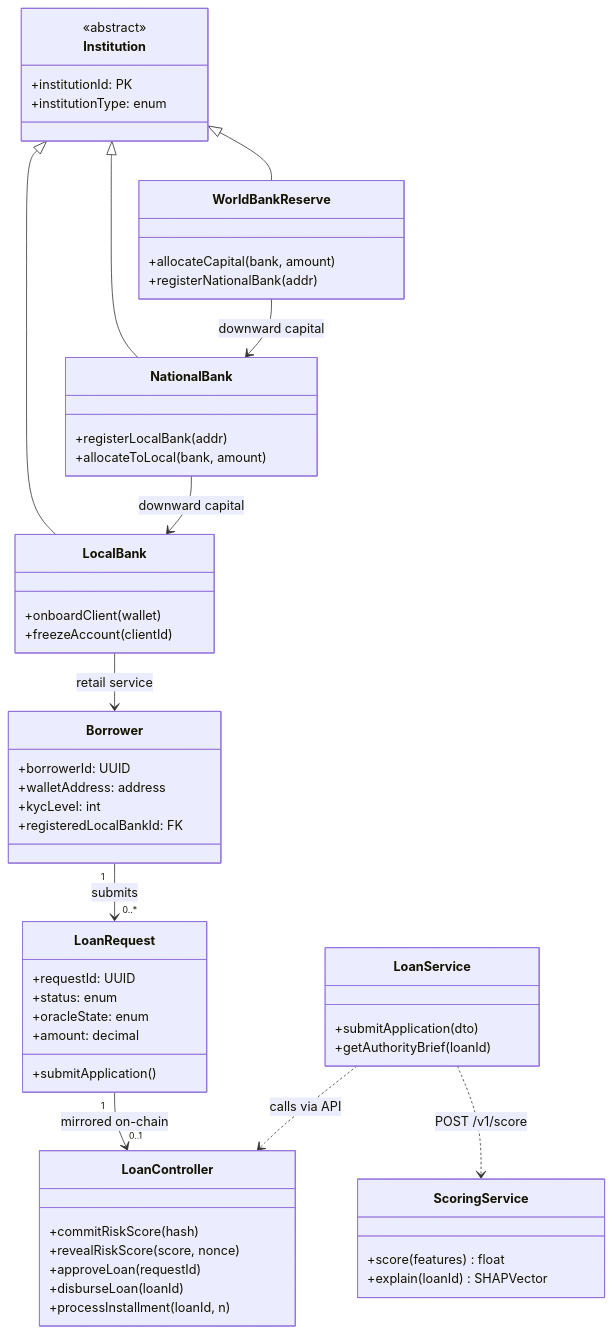
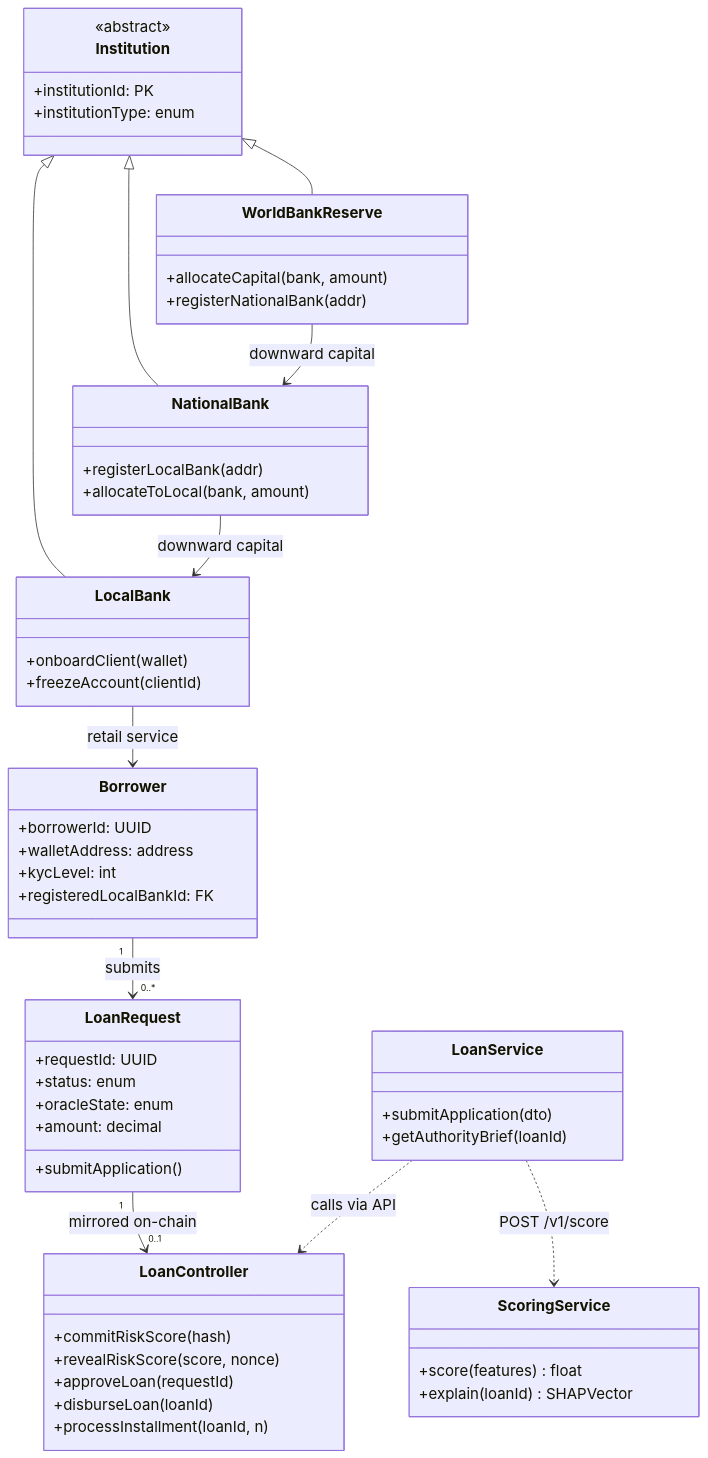
Before and after one commit to Yuvraajrahman/Cryto-World-Bank: the diagram in Documentation/Pre Thesis -2 Documents/V35 /Diagrams/fig-uml-class.mmd, drawn with Mermaid. The commit also changed 140 other files, not shown here.

```diff
--- a/Documentation/Pre Thesis -2 Documents/V35 /Diagrams/fig-uml-class.mmd
+++ b/Documentation/Pre Thesis -2 Documents/V35 /Diagrams/fig-uml-class.mmd
@@ -1,67 +1,68 @@
+%%{init: {"themeVariables": {"fontSize": "19px"}} }%%
 classDiagram
   direction TB
 
   class Borrower {
     +borrowerId: UUID
     +walletAddress: address
     +kycLevel: int
     +registeredLocalBankId: FK
   }
 
   class LoanRequest {
     +requestId: UUID
     +status: enum
     +oracleState: enum
     +amount: decimal
     +submitApplication()
   }
 
   class LoanController {
     +commitRiskScore(hash)
     +revealRiskScore(score, nonce)
     +approveLoan(requestId)
     +disburseLoan(loanId)
     +processInstallment(loanId, n)
   }
 
   class WorldBankReserve {
     +allocateCapital(bank, amount)
     +registerNationalBank(addr)
   }
 
   class NationalBank {
     +registerLocalBank(addr)
     +allocateToLocal(bank, amount)
   }
 
   class LocalBank {
     +onboardClient(wallet)
     +freezeAccount(clientId)
   }
 
   class LoanService {
     +submitApplication(dto)
     +getAuthorityBrief(loanId)
   }
 
   class ScoringService {
     +score(features) float
     +explain(loanId) SHAPVector
   }
 
   class Institution {
     <<abstract>>
     +institutionId: PK
     +institutionType: enum
   }
 
   Institution <|-- WorldBankReserve
   Institution <|-- NationalBank
   Institution <|-- LocalBank
   Borrower "1" --> "0..*" LoanRequest : submits
   LoanRequest "1" --> "0..1" LoanController : mirrored on-chain
   LoanService ..> LoanController : calls via API
   LoanService ..> ScoringService : POST /v1/score
   WorldBankReserve --> NationalBank : downward capital
   NationalBank --> LocalBank : downward capital
   LocalBank --> Borrower : retail service
```
